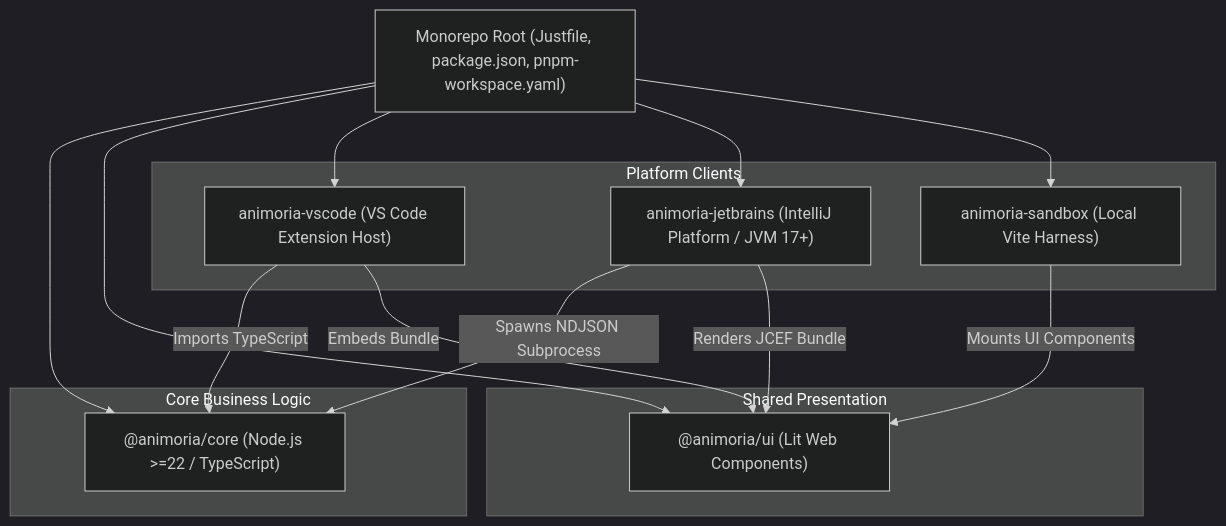
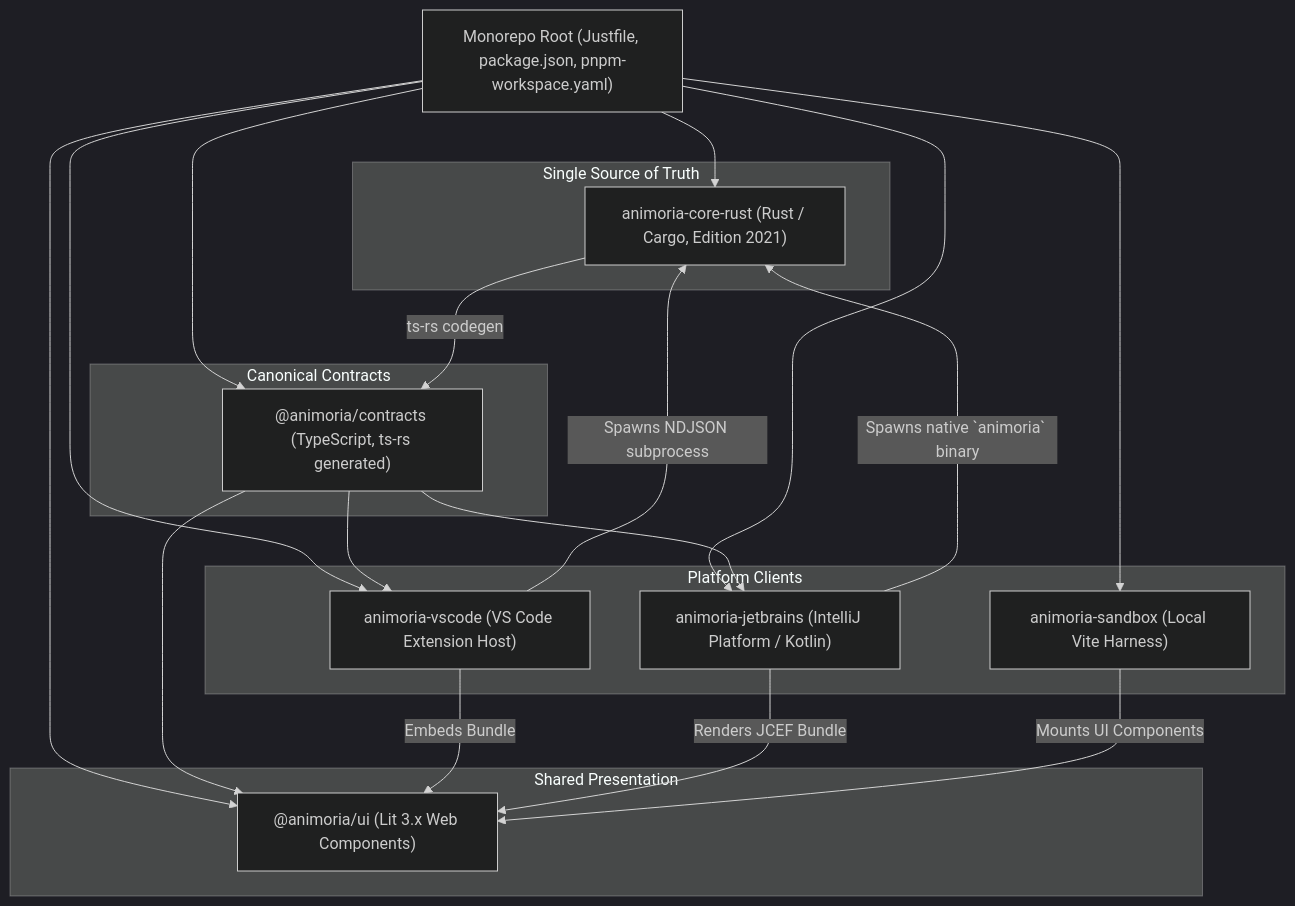
Before and after one commit to sxnnyside-project/animoria: the diagram in docs/guides/01-get-started.md, drawn with Mermaid (dark theme). The commit also changed other lines of this file and 466 other files, not shown here.

Commit message:
refactor: complete migration of core engine from TypeScript to Rust

````diff
--- a/docs/guides/01-get-started.md
+++ b/docs/guides/01-get-started.md
@@ -16,32 +16,42 @@
 ```mermaid
 graph TD
     Root["Monorepo Root (Justfile, package.json, pnpm-workspace.yaml)"]
-    
-    subgraph CoreLayer["Core Business Logic"]
-        Core["@animoria/core (Node.js >=22 / TypeScript)"]
+
+    subgraph EngineLayer["Single Source of Truth"]
+        Core["animoria-core-rust (Rust / Cargo, Edition 2021)"]
     end
-    
+
+    subgraph ContractLayer["Canonical Contracts"]
+        Contracts["@animoria/contracts (TypeScript, ts-rs generated)"]
+    end
+
     subgraph UILayer["Shared Presentation"]
-        UI["@animoria/ui (Lit Web Components)"]
+        UI["@animoria/ui (Lit 3.x Web Components)"]
     end
 
     subgraph HostAdapters["Platform Clients"]
         VSCode["animoria-vscode (VS Code Extension Host)"]
-        JetBrains["animoria-jetbrains (IntelliJ Platform / JVM 17+)"]
+        JetBrains["animoria-jetbrains (IntelliJ Platform / Kotlin)"]
         Sandbox["animoria-sandbox (Local Vite Harness)"]
     end
 
     Root --> Core
+    Root --> Contracts
     Root --> UI
     Root --> VSCode
     Root --> JetBrains
     Root --> Sandbox
 
-    VSCode -->|Imports TypeScript| Core
+    Core -->|ts-rs codegen| Contracts
+    Contracts --> UI
+    Contracts --> VSCode
+    Contracts --> JetBrains
+
+    VSCode -->|Spawns NDJSON subprocess| Core
     VSCode -->|Embeds Bundle| UI
-    
-    JetBrains -->|Spawns NDJSON Subprocess| Core
+
+    JetBrains -->|Spawns native `animoria` binary| Core
     JetBrains -->|Renders JCEF Bundle| UI
 
     Sandbox -->|Mounts UI Components| UI
 ```
````
